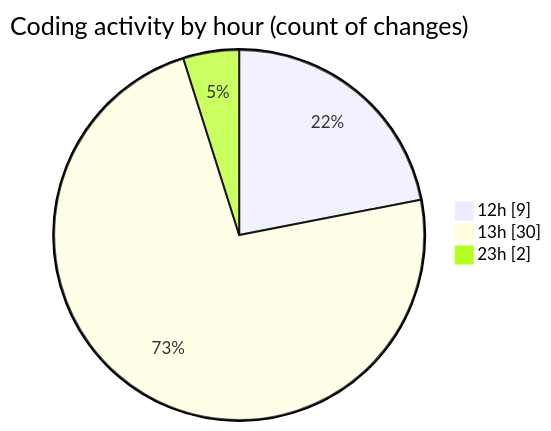
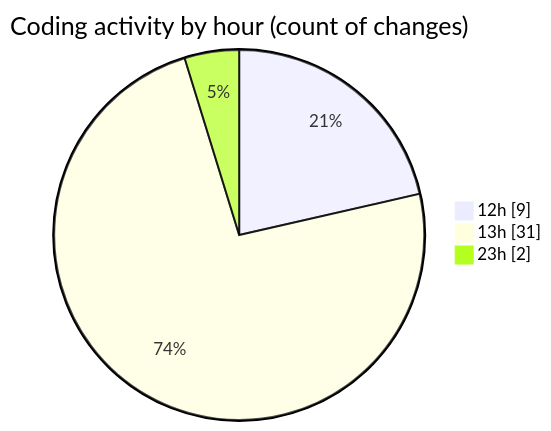
One commit to Elitesun/code-tracking changed the second of 2 diagrams in 2025-03-29/binarysec/README.md. Above: the diagram before and after it, drawn with Mermaid. The commit also changed other lines of this file and 1 other file, not shown here.

````diff
--- a/2025-03-29/binarysec/README.md
+++ b/2025-03-29/binarysec/README.md
@@ -42,7 +42,7 @@
 ```mermaid
 pie showData
 title Coding activity by hour (count of changes)
 "12h" : 9
-"13h" : 30
+"13h" : 31
 "23h" : 2
 ```
````
